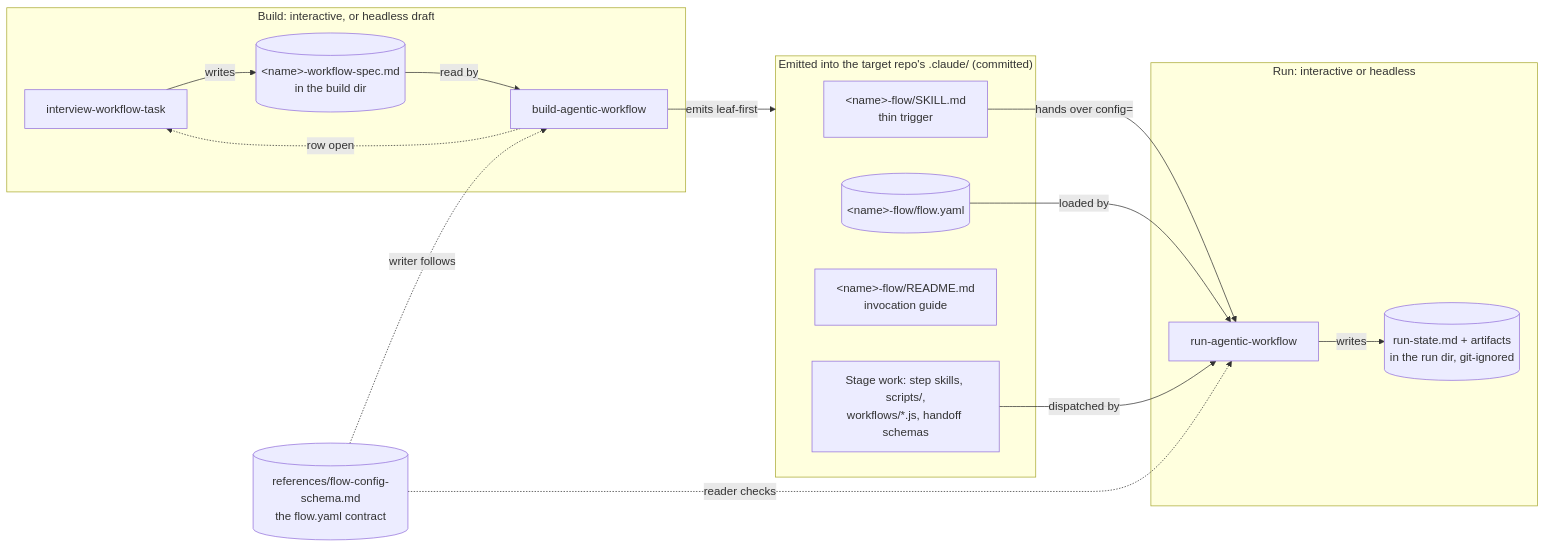
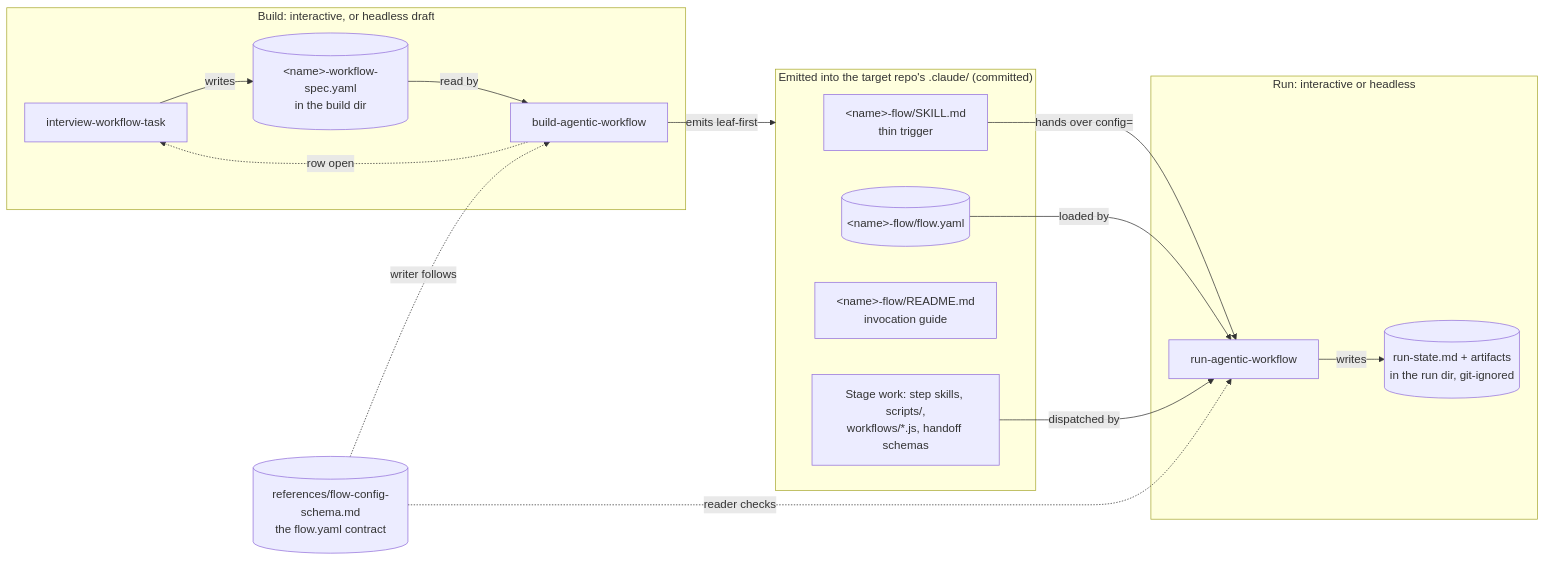
One commit to cheneeheng/ceh-claude-code-library changed the first of 3 diagrams in plugins/standalone/ceh-workflow-builder/docs/ARCHITECTURE.md. Above: the diagram before and after it, drawn with Mermaid. The commit also changed 32 other files, not shown here.

First line of the commit message:
feat(interview-workflow-task): save the workflow spec as workflow-spec/v2

````diff
--- a/plugins/standalone/ceh-workflow-builder/docs/ARCHITECTURE.md
+++ b/plugins/standalone/ceh-workflow-builder/docs/ARCHITECTURE.md
@@ -29,33 +29,33 @@
 ```mermaid
 flowchart LR
     subgraph build["Build: interactive, or headless draft"]
         interview["interview-workflow-task"]
-        spec[("&lt;name&gt;-workflow-spec.md<br/>in the build dir")]
+        spec[("&lt;name&gt;-workflow-spec.yaml<br/>in the build dir")]
         builder["build-agentic-workflow"]
     end
 
     subgraph emitted["Emitted into the target repo's .claude/ (committed)"]
         trigger["&lt;name&gt;-flow/SKILL.md<br/>thin trigger"]
         config[("&lt;name&gt;-flow/flow.yaml")]
         guide["&lt;name&gt;-flow/README.md<br/>invocation guide"]
         backends["Stage work: step skills, scripts/,<br/>workflows/*.js, handoff schemas"]
     end
 
     subgraph run["Run: interactive or headless"]
         runner["run-agentic-workflow"]
         rundir[("run-state.md + artifacts<br/>in the run dir, git-ignored")]
     end
 
     schema[("references/flow-config-schema.md<br/>the flow.yaml contract")]
 
     interview -->|writes| spec
     spec -->|read by| builder
     builder -.->|row open| interview
     builder -->|emits leaf-first| emitted
     trigger -->|"hands over config="| runner
     config -->|loaded by| runner
     backends -->|dispatched by| runner
     runner -->|writes| rundir
     schema -.->|writer follows| builder
     schema -.->|reader checks| runner
 ```
````
